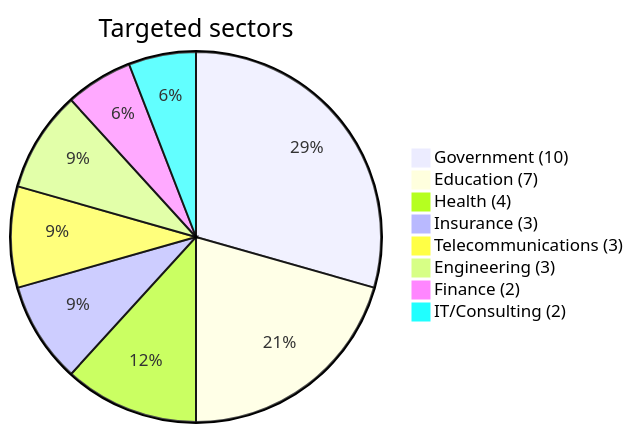
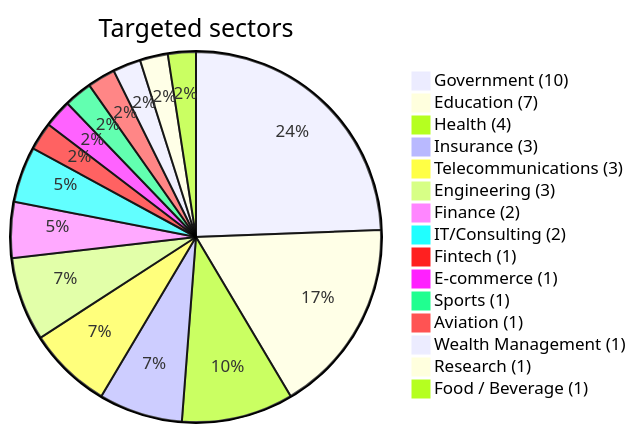
One commit to Hatchepsoute/AFRINTEL changed the fourth of 5 diagrams in statistics/2026/03-march/README.md. Above: the diagram before and after it, drawn with Mermaid. The commit also changed other lines of this file and 39 other files, not shown here.

````diff
--- a/statistics/2026/03-march/README.md
+++ b/statistics/2026/03-march/README.md
@@ -88,12 +95,19 @@
 ```mermaid
 pie
     title Targeted sectors
     "Government (10)" : 10
     "Education (7)" : 7
     "Health (4)" : 4
     "Insurance (3)" : 3
     "Telecommunications (3)" : 3
     "Engineering (3)" : 3
     "Finance (2)" : 2
     "IT/Consulting (2)" : 2
+    "Fintech (1)" : 1
+    "E-commerce (1)" : 1
+    "Sports (1)" : 1
+    "Aviation (1)" : 1
+    "Wealth Management (1)" : 1
+    "Research (1)" : 1
+    "Food / Beverage (1)" : 1
 ```
````
